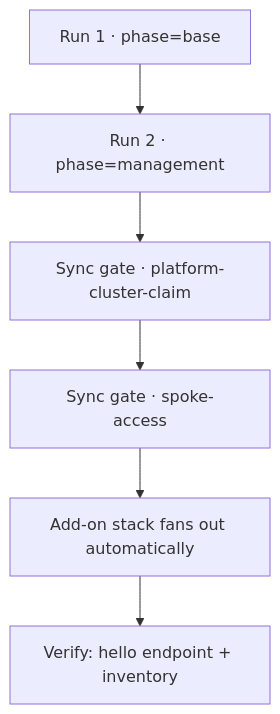
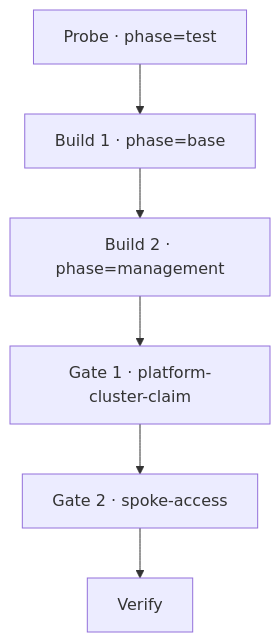
One commit to lago-morph/k8s-platform changed the first of 2 diagrams in docs/site/how-to/build-the-platform-from-nothing.md. Above: the diagram before and after it, drawn with Mermaid. The commit also changed other lines of this file, not shown here.

````diff
--- a/docs/site/how-to/build-the-platform-from-nothing.md
+++ b/docs/site/how-to/build-the-platform-from-nothing.md
@@ -48,8 +138,8 @@
 ```mermaid
 flowchart TD
-    B[Run 1 · phase=base] --> M[Run 2 · phase=management]
-    M --> G1[Sync gate · platform-cluster-claim]
-    G1 --> G2[Sync gate · spoke-access]
-    G2 --> F[Add-on stack fans out automatically]
-    F --> V[Verify: hello endpoint + inventory]
+    P[Probe · phase=test] --> B[Build 1 · phase=base]
+    B --> M[Build 2 · phase=management]
+    M --> G1[Gate 1 · platform-cluster-claim]
+    G1 --> G2[Gate 2 · spoke-access]
+    G2 --> V[Verify]
 ```
````
